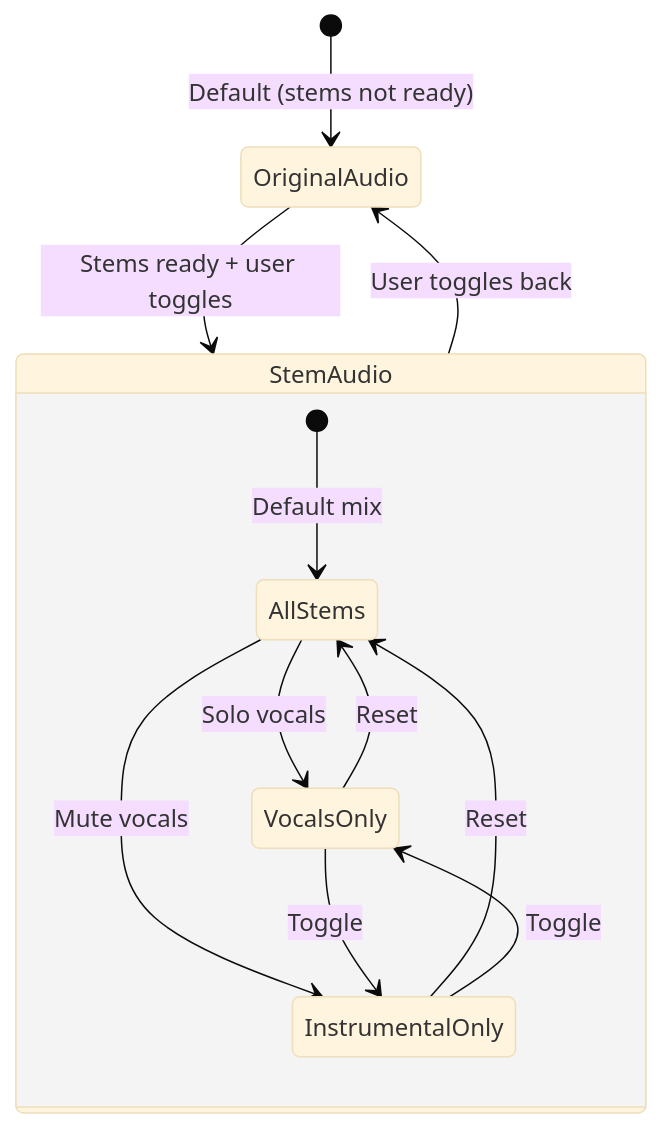
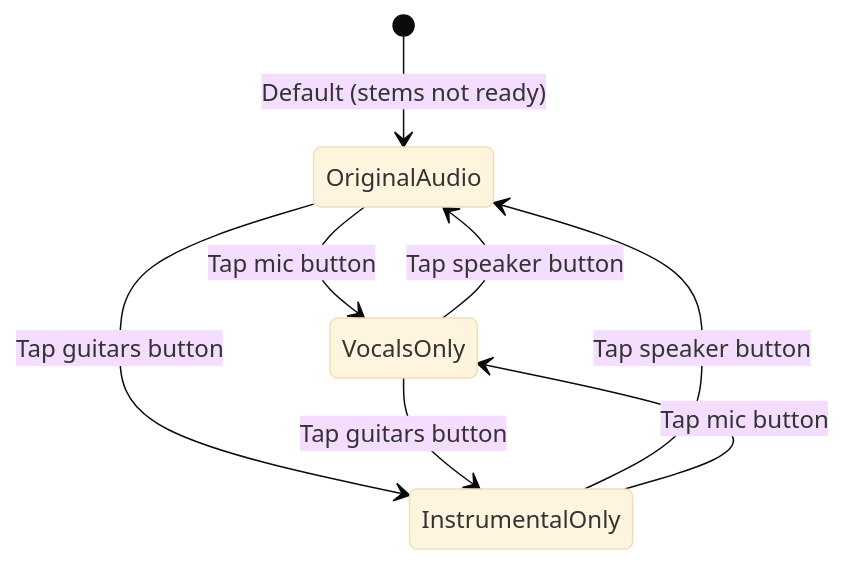
Before and after one commit to pawelgawliczek/intonavio: the second of 3 diagrams in docs/07-youtube-looping.md, drawn with Mermaid (base theme). The commit also changed other lines of this file and 76 other files, not shown here.

First line of the commit message:
Implement iOS app with auth, YouTube playback, stem audio, and A-B looping

````diff
--- a/docs/07-youtube-looping.md
+++ b/docs/07-youtube-looping.md
@@ -51,17 +51,11 @@
 ```mermaid
 stateDiagram-v2
     [*] --> OriginalAudio: Default (stems not ready)
 
-    OriginalAudio --> StemAudio: Stems ready + user toggles
-    StemAudio --> OriginalAudio: User toggles back
-
-    state StemAudio {
-        [*] --> AllStems: Default mix
-        AllStems --> VocalsOnly: Solo vocals
-        AllStems --> InstrumentalOnly: Mute vocals
-        VocalsOnly --> AllStems: Reset
-        InstrumentalOnly --> AllStems: Reset
-        VocalsOnly --> InstrumentalOnly: Toggle
-        InstrumentalOnly --> VocalsOnly: Toggle
-    }
+    OriginalAudio --> VocalsOnly: Tap mic button
+    OriginalAudio --> InstrumentalOnly: Tap guitars button
+    VocalsOnly --> OriginalAudio: Tap speaker button
+    VocalsOnly --> InstrumentalOnly: Tap guitars button
+    InstrumentalOnly --> OriginalAudio: Tap speaker button
+    InstrumentalOnly --> VocalsOnly: Tap mic button
 ```
````
